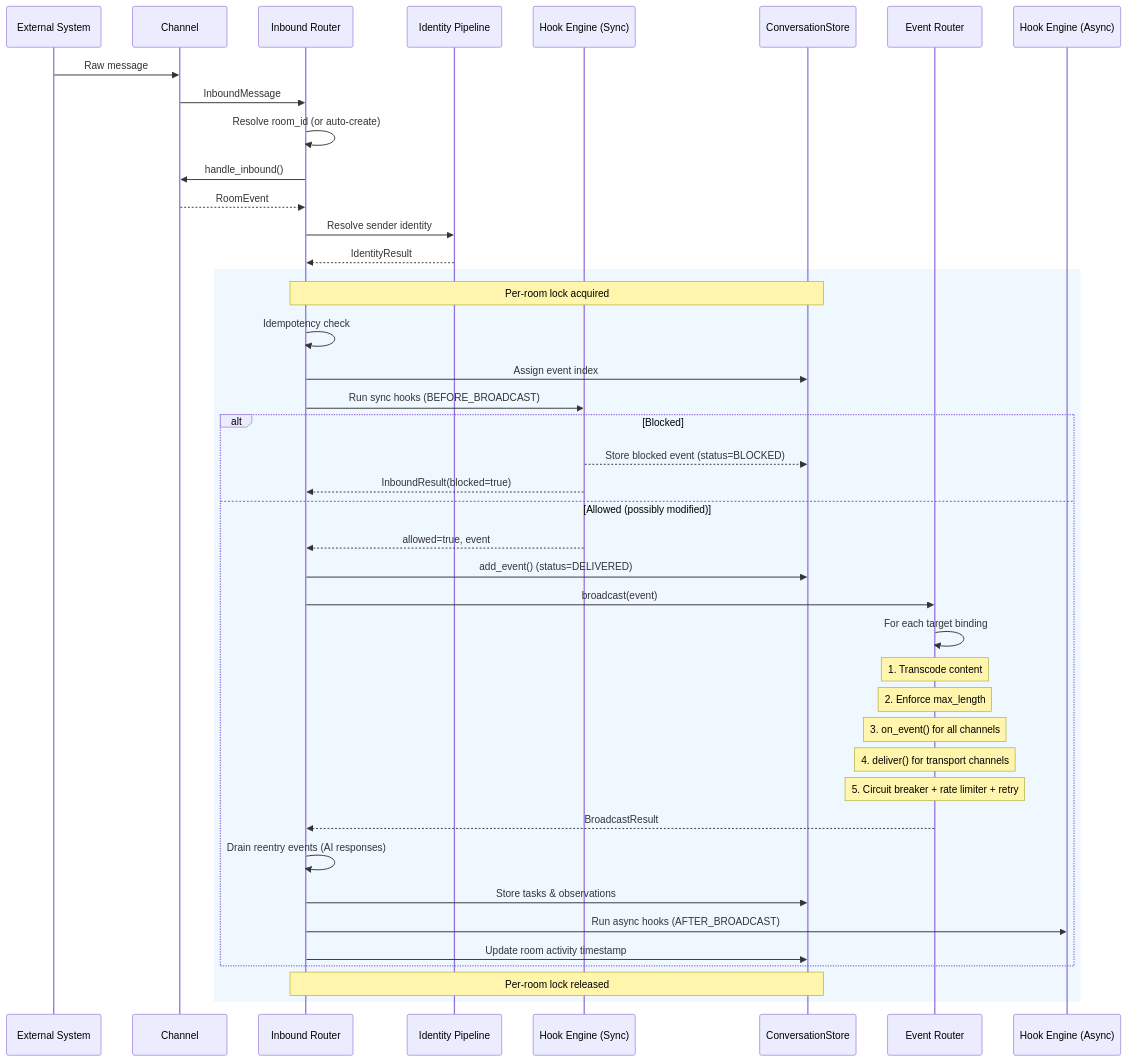
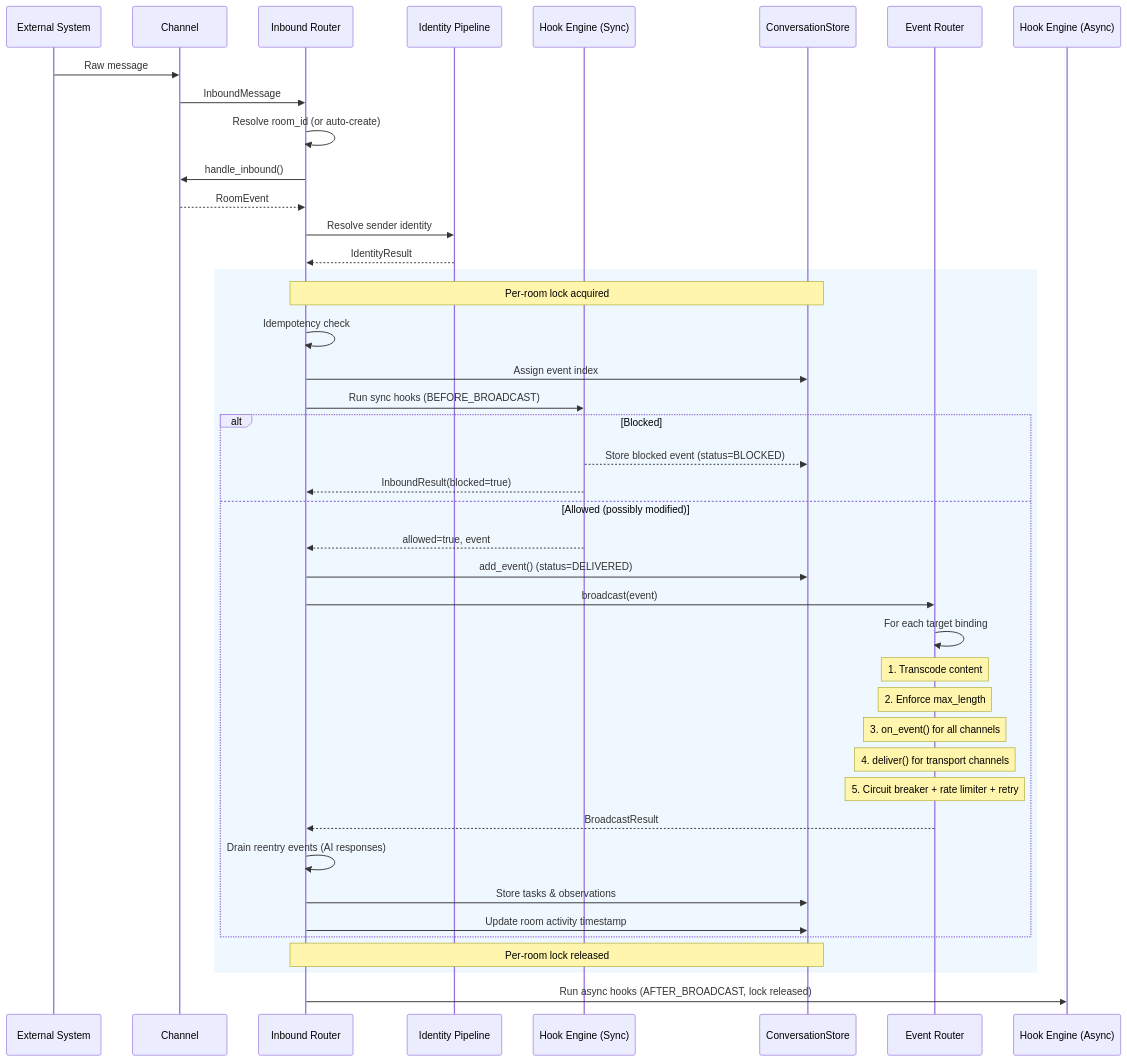
The second of 6 diagrams in docs/architecture.md (roomkit-live/roomkit-docs), drawn with Mermaid before and after one commit. The commit also changed 2 other files, not shown here.

Commit message:
docs: align inbound pipeline behavior with shipped fixes
- send_event() runs the full locked pipeline (BEFORE_BROADCAST hooks,
  write-permission gate, broadcast, AFTER_BROADCAST), not a hook-bypassing
  direct path.
- A source that cannot write (READ_ONLY/NONE/muted) yields a BLOCKED event,
  never DELIVERED; hook side effects are still collected.
- AFTER_BROADCAST async hooks run after the room lock is released.
- Edit/delete mutate the target only after BEFORE_BROADCAST allows the event.

````diff
--- a/docs/architecture.md
+++ b/docs/architecture.md
@@ -237,52 +237,52 @@
 ```mermaid
 sequenceDiagram
     participant Ext as External System
     participant Ch as Channel
     participant IR as Inbound Router
     participant IP as Identity Pipeline
     participant HE as Hook Engine (Sync)
     participant Store as ConversationStore
     participant ER as Event Router
     participant AH as Hook Engine (Async)
 
     Ext->>Ch: Raw message
     Ch->>IR: InboundMessage
     IR->>IR: Resolve room_id (or auto-create)
     IR->>Ch: handle_inbound()
     Ch-->>IR: RoomEvent
 
     IR->>IP: Resolve sender identity
     IP-->>IR: IdentityResult
 
     rect rgb(240, 248, 255)
         Note over IR,Store: Per-room lock acquired
         IR->>IR: Idempotency check
         IR->>Store: Assign event index
 
         IR->>HE: Run sync hooks (BEFORE_BROADCAST)
         alt Blocked
             HE-->>Store: Store blocked event (status=BLOCKED)
             HE-->>IR: InboundResult(blocked=true)
         else Allowed (possibly modified)
             HE-->>IR: allowed=true, event
 
             IR->>Store: add_event() (status=DELIVERED)
             IR->>ER: broadcast(event)
 
             ER->>ER: For each target binding
             Note over ER: 1. Transcode content
             Note over ER: 2. Enforce max_length
             Note over ER: 3. on_event() for all channels
             Note over ER: 4. deliver() for transport channels
             Note over ER: 5. Circuit breaker + rate limiter + retry
 
             ER-->>IR: BroadcastResult
 
             IR->>IR: Drain reentry events (AI responses)
             IR->>Store: Store tasks & observations
-            IR->>AH: Run async hooks (AFTER_BROADCAST)
             IR->>Store: Update room activity timestamp
         end
         Note over IR,Store: Per-room lock released
     end
+    IR->>AH: Run async hooks (AFTER_BROADCAST, lock released)
 ```
````
